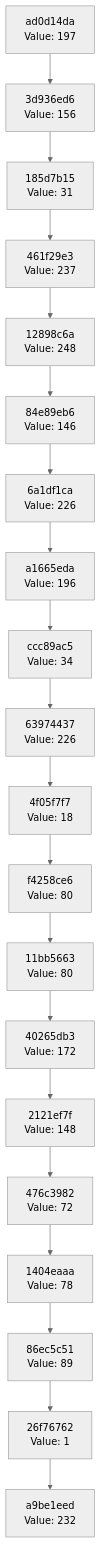
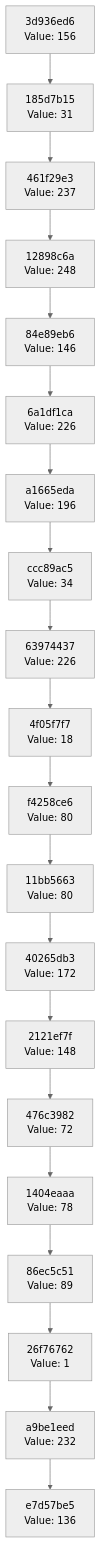
Before and after one commit to Abhisheksinha1506/hash-chain-evolver: the diagram in docs/CHAIN_VISUALIZATION.md, drawn with Mermaid (neutral theme). The commit also changed 2 other files, not shown here.

Commit message:
Evolution Step

````diff
--- a/docs/CHAIN_VISUALIZATION.md
+++ b/docs/CHAIN_VISUALIZATION.md
@@ -3,42 +3,42 @@
 ```mermaid
 graph TD
-    C0["a9be1eed<br/>Value: 232"]
-    C1["26f76762<br/>Value: 1"]
+    C0["e7d57be5<br/>Value: 136"]
+    C1["a9be1eed<br/>Value: 232"]
     C1 --> C0
-    C2["86ec5c51<br/>Value: 89"]
+    C2["26f76762<br/>Value: 1"]
     C2 --> C1
-    C3["1404eaaa<br/>Value: 78"]
+    C3["86ec5c51<br/>Value: 89"]
     C3 --> C2
-    C4["476c3982<br/>Value: 72"]
+    C4["1404eaaa<br/>Value: 78"]
     C4 --> C3
-    C5["2121ef7f<br/>Value: 148"]
+    C5["476c3982<br/>Value: 72"]
     C5 --> C4
-    C6["40265db3<br/>Value: 172"]
+    C6["2121ef7f<br/>Value: 148"]
     C6 --> C5
-    C7["11bb5663<br/>Value: 80"]
+    C7["40265db3<br/>Value: 172"]
     C7 --> C6
-    C8["f4258ce6<br/>Value: 80"]
+    C8["11bb5663<br/>Value: 80"]
     C8 --> C7
-    C9["4f05f7f7<br/>Value: 18"]
+    C9["f4258ce6<br/>Value: 80"]
     C9 --> C8
-    C10["63974437<br/>Value: 226"]
+    C10["4f05f7f7<br/>Value: 18"]
     C10 --> C9
-    C11["ccc89ac5<br/>Value: 34"]
+    C11["63974437<br/>Value: 226"]
     C11 --> C10
-    C12["a1665eda<br/>Value: 196"]
+    C12["ccc89ac5<br/>Value: 34"]
     C12 --> C11
-    C13["6a1df1ca<br/>Value: 226"]
+    C13["a1665eda<br/>Value: 196"]
     C13 --> C12
-    C14["84e89eb6<br/>Value: 146"]
+    C14["6a1df1ca<br/>Value: 226"]
     C14 --> C13
-    C15["12898c6a<br/>Value: 248"]
+    C15["84e89eb6<br/>Value: 146"]
     C15 --> C14
-    C16["461f29e3<br/>Value: 237"]
+    C16["12898c6a<br/>Value: 248"]
     C16 --> C15
-    C17["185d7b15<br/>Value: 31"]
+    C17["461f29e3<br/>Value: 237"]
     C17 --> C16
-    C18["3d936ed6<br/>Value: 156"]
+    C18["185d7b15<br/>Value: 31"]
     C18 --> C17
-    C19["ad0d14da<br/>Value: 197"]
+    C19["3d936ed6<br/>Value: 156"]
     C19 --> C18
 ```
````
